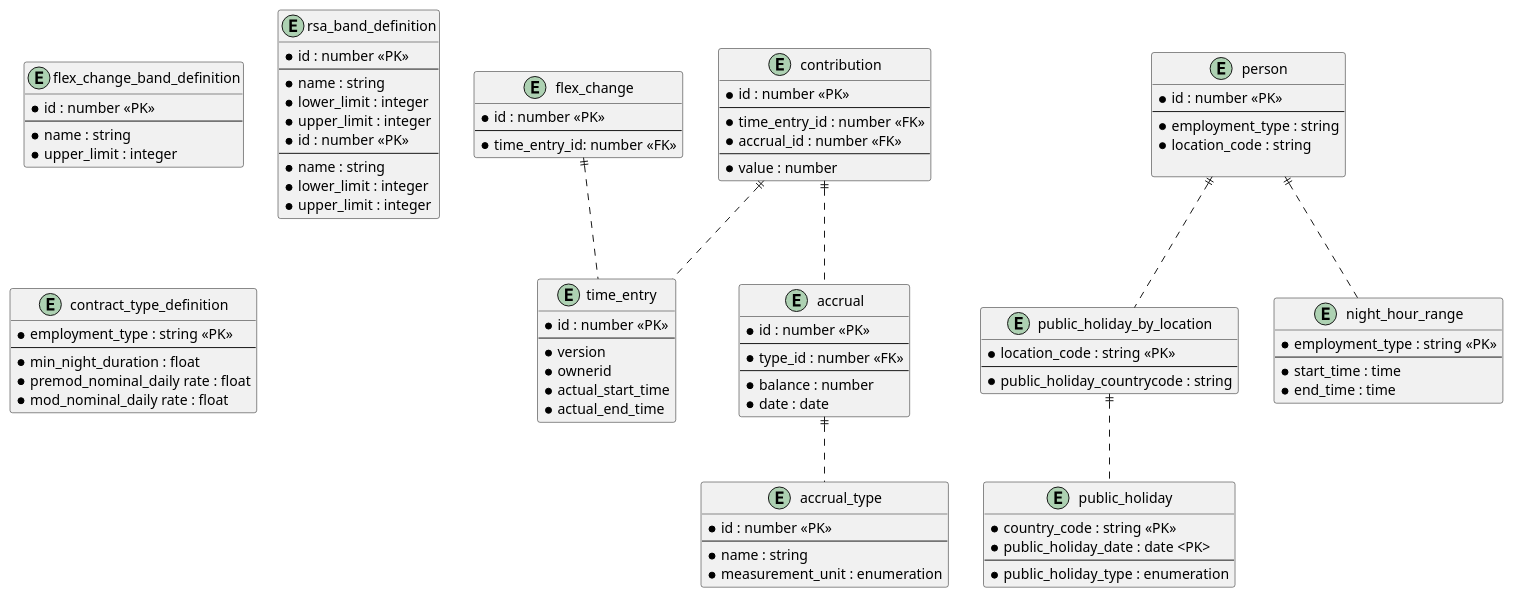
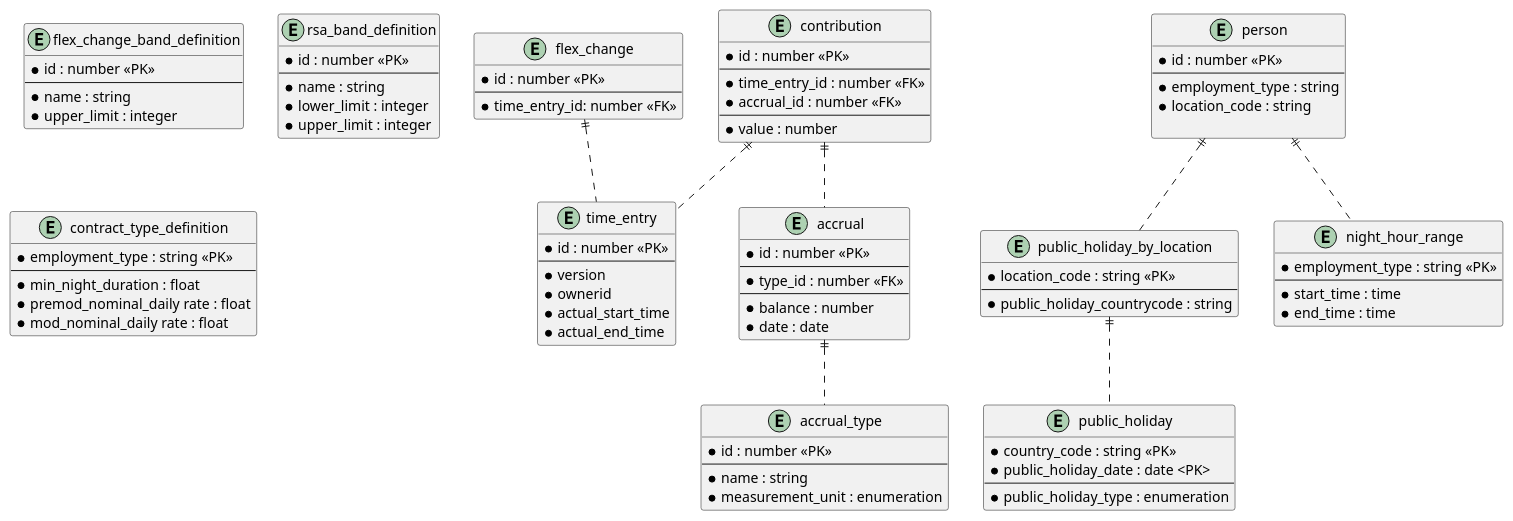
Before and after one commit to UKHomeOffice/callisto-accruals-restapi: the diagram in docs/storage-model.puml, drawn with PlantUML.

```diff
--- a/docs/storage-model.puml
+++ b/docs/storage-model.puml
@@ -1,112 +1,104 @@
 @startuml
 
 entity time_entry {
   * id : number <<PK>>
   --
   * version
   * ownerid
   * actual_start_time
   * actual_end_time
 }
 
 entity flex_change {
   * id : number <<PK>>
   --
   * time_entry_id: number <<FK>>
 }
 
 entity accrual {
   * id : number <<PK>>
   --
   * type_id : number <<FK>>
   --
   * balance : number
   * date : date
 }
 
 entity contribution {
   * id : number <<PK>>
   --
   * time_entry_id : number <<FK>>
   * accrual_id : number <<FK>>
   --
   * value : number
 }
 
 entity accrual_type {
   * id : number <<PK>>
   --
   * name : string
   * measurement_unit : enumeration
 }
 
 accrual ||.. accrual_type
 contribution ||.. accrual
 contribution ||.. time_entry
 flex_change ||.. time_entry
 
 entity person {
   * id : number <<PK>>
   --
   * employment_type : string
   * location_code : string
   
 }
 
 entity public_holiday_by_location {
   * location_code : string <<PK>>
   --
   * public_holiday_countrycode : string
 }
 
 entity public_holiday {
   * country_code : string <<PK>>
   * public_holiday_date : date <PK>
   --
   * public_holiday_type : enumeration
 }
 
 person ||.. public_holiday_by_location
 public_holiday_by_location ||.. public_holiday
 
 entity flex_change_band_definition {
   * id : number <<PK>>
   --
   * name : string
   * upper_limit : integer
 }
   
 entity rsa_band_definition {
   * id : number <<PK>>
   --
   * name : string
   * lower_limit : integer
   * upper_limit : integer
 }
 
-entity rsa_band_definition {
-  * id : number <<PK>>
-  --
-  * name : string
-  * lower_limit : integer
-  * upper_limit : integer
-}
-
 entity night_hour_range {
   * employment_type : string <<PK>>
   --
   * start_time : time
   * end_time : time
 }
 
 person ||.. night_hour_range
 
 entity contract_type_definition {
   * employment_type : string <<PK>>
   --
   * min_night_duration : float
   * premod_nominal_daily rate : float
   * mod_nominal_daily rate : float
 }
 
 @enduml
```
